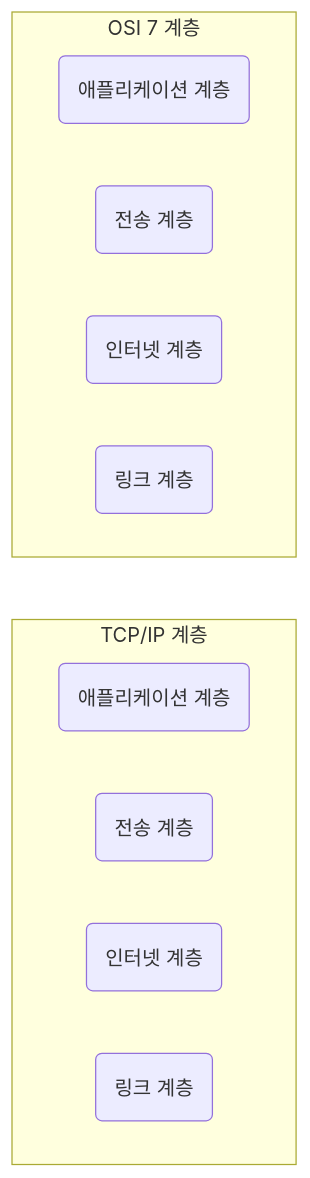
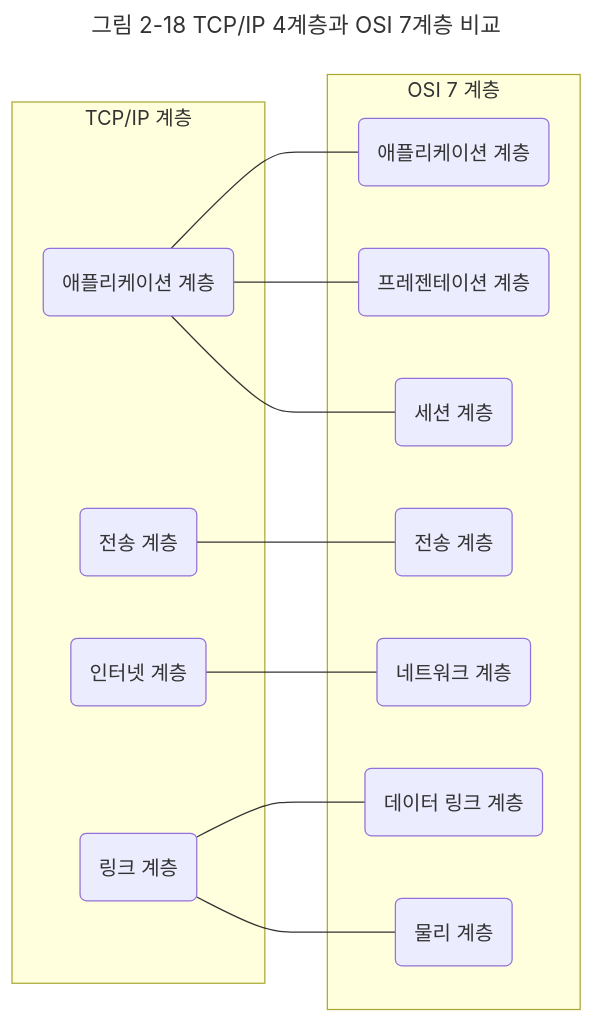
The first of 2 diagrams in 독서/8. 면접을 위한 cs 전공지식 노트/02. 네트워크/02-05. 계층 구조.md (kimregular/DAILY_STUDY), drawn with Mermaid before and after one commit. The commit also changed other lines of this file, not shown here.

````diff
--- a/독서/8. 면접을 위한 cs 전공지식 노트/02. 네트워크/02-05. 계층 구조.md
+++ b/독서/8. 면접을 위한 cs 전공지식 노트/02. 네트워크/02-05. 계층 구조.md
@@ -6,18 +6,27 @@
 ```mermaid
+---
+title : 그림 2-18 TCP/IP 4계층과 OSI 7계층 비교
+---
 flowchart LR
 	subgraph "TCP/IP 계층"
-		direction LR
 		e1("애플리케이션 계층")
 		e2("전송 계층")
 		e3("인터넷 계층")
 		e4("링크 계층")
 	end
 
 	subgraph "OSI 7 계층"
-		direction LR
-		a1("애플리케이션 계층")
-		a2("전송 계층")
-		a3("인터넷 계층")
-		a4("링크 계층")
+		a1("애플리케이션 계층"):::mb
+		a2("프레젠테이션 계층"):::mb
+		a3("세션 계층")
+		a4("전송 계층")
+		a5("네트워크 계층")
+		a6("데이터 링크 계층")
+		a7("물리 계층")
 	end
+
+	e1 --- a1 & a2 & a3 
+	e2 --- a4 
+	e3 --- a5 
+	e4 --- a6 & a7
 ```
````
